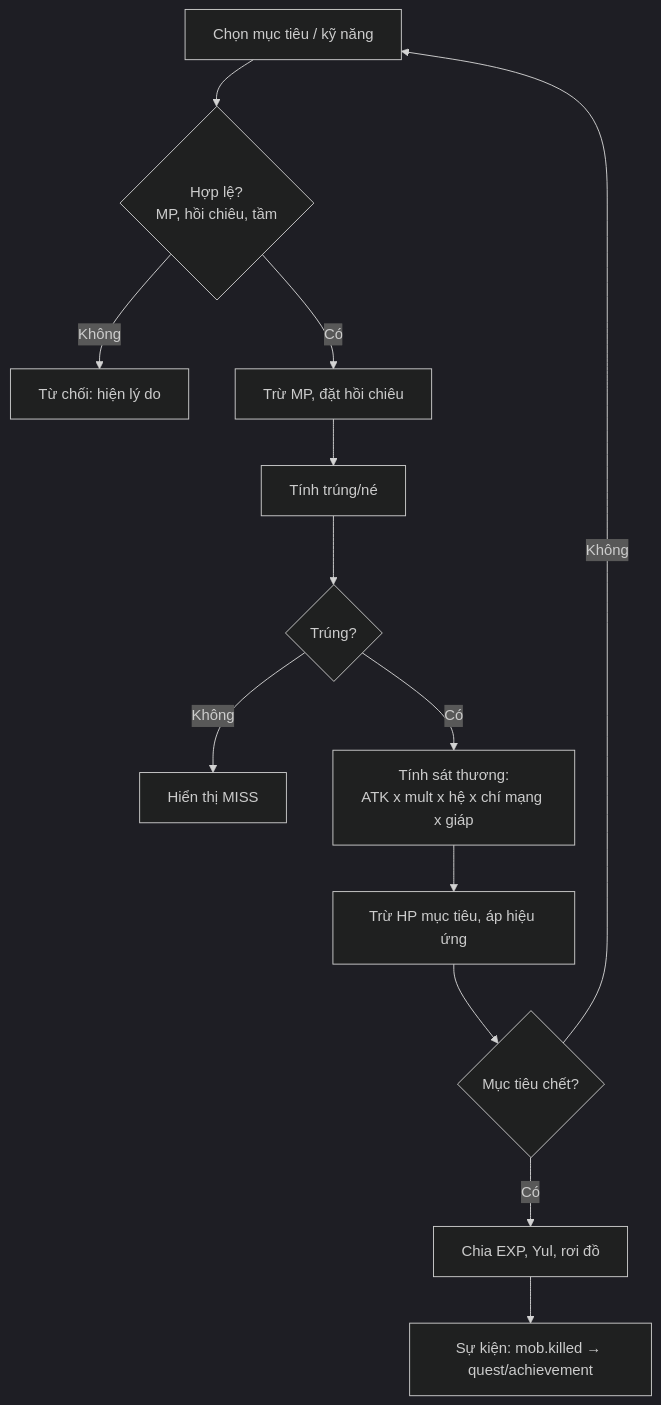
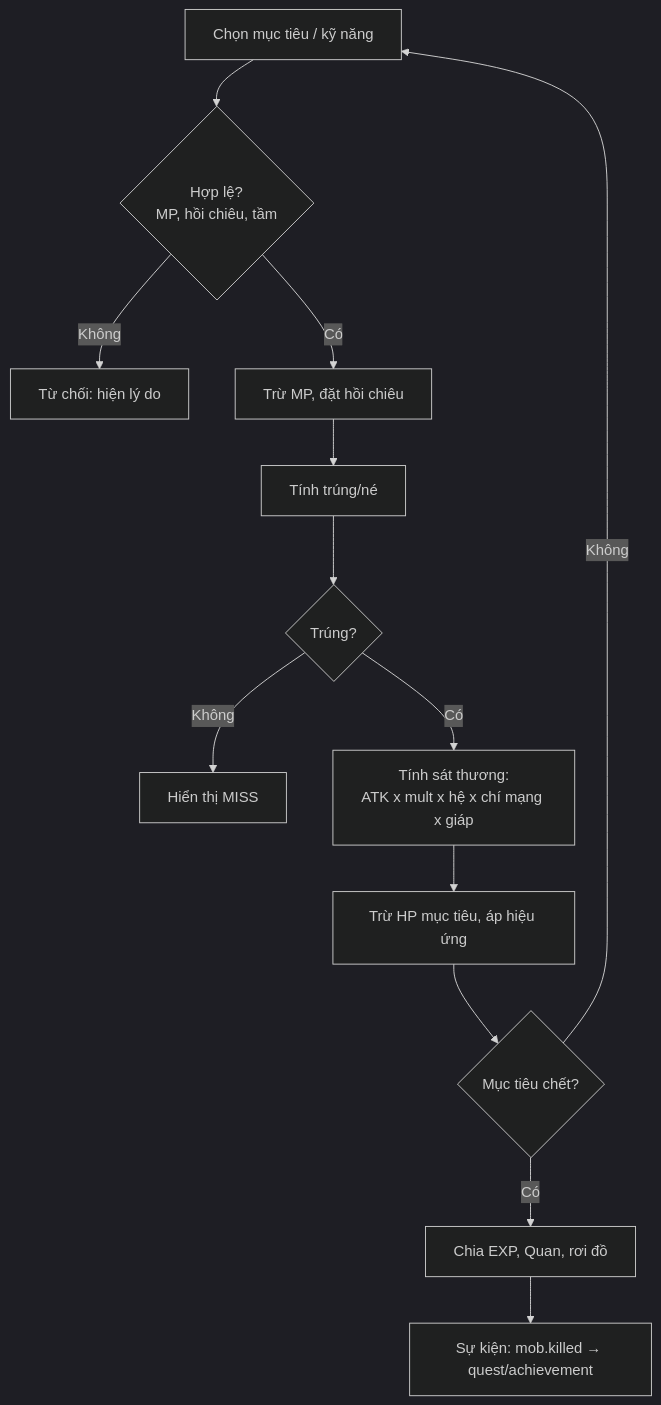
Before and after one commit to thehuygnouhk/game-2d: the fifth of 13 diagrams in docs/workflows/player-journey.md, drawn with Mermaid (dark theme). The commit also changed other lines of this file and 35 other files, not shown here.

````diff
--- a/docs/workflows/player-journey.md
+++ b/docs/workflows/player-journey.md
@@ -110,15 +110,15 @@
 ```mermaid
 flowchart TD
     A["Chọn mục tiêu / kỹ năng"] --> B{"Hợp lệ?<br/>MP, hồi chiêu, tầm"}
     B -- "Không" --> B1["Từ chối: hiện lý do"]
     B -- "Có" --> C["Trừ MP, đặt hồi chiêu"]
     C --> D["Tính trúng/né"]
     D --> E{"Trúng?"}
     E -- "Không" --> E1["Hiển thị MISS"]
     E -- "Có" --> F["Tính sát thương:<br/>ATK x mult x hệ x chí mạng x giáp"]
     F --> G["Trừ HP mục tiêu, áp hiệu ứng"]
     G --> H{"Mục tiêu chết?"}
     H -- "Không" --> A
-    H -- "Có" --> I["Chia EXP, Yul, rơi đồ"]
+    H -- "Có" --> I["Chia EXP, Quan, rơi đồ"]
     I --> J["Sự kiện: mob.killed → quest/achievement"]
 ```
````
